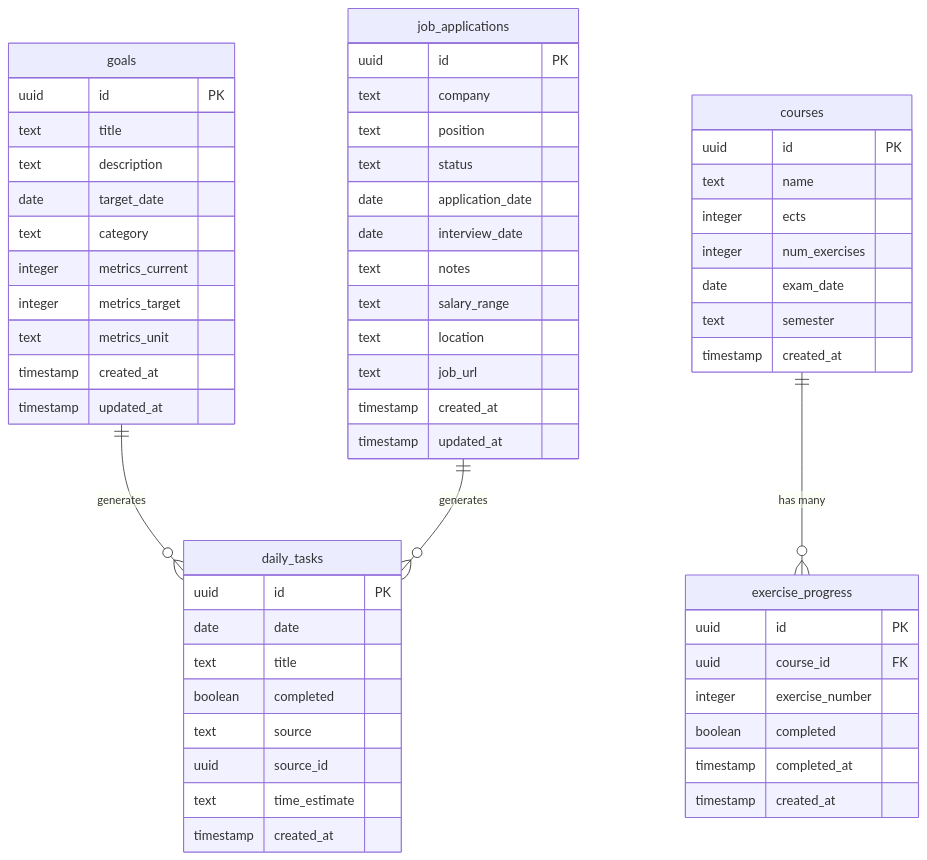
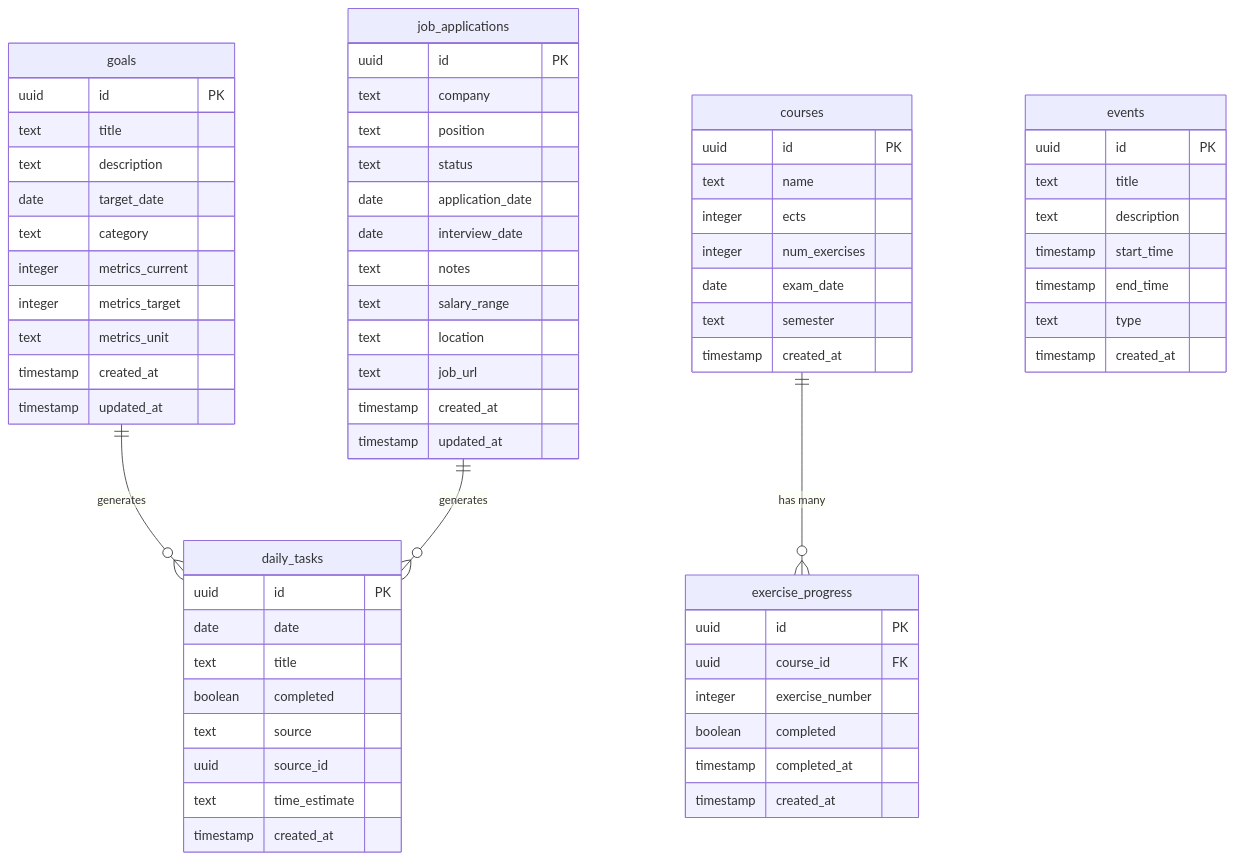
One commit to Innisfree7x/PersonalTerminal changed the diagram in docs/DATABASE.md. Above: the diagram before and after it, drawn with Mermaid. The commit also changed other lines of this file and 46 other files, not shown here.

````diff
--- a/docs/DATABASE.md
+++ b/docs/DATABASE.md
@@ -25,64 +26,74 @@
 ```mermaid
 erDiagram
     goals {
         uuid id PK
         text title
         text description
         date target_date
         text category
         integer metrics_current
         integer metrics_target
         text metrics_unit
         timestamp created_at
         timestamp updated_at
     }
     
     job_applications {
         uuid id PK
         text company
         text position
         text status
         date application_date
         date interview_date
         text notes
         text salary_range
         text location
         text job_url
         timestamp created_at
         timestamp updated_at
     }
     
     courses {
         uuid id PK
         text name
         integer ects
         integer num_exercises
         date exam_date
         text semester
         timestamp created_at
     }
     
     exercise_progress {
         uuid id PK
         uuid course_id FK
         integer exercise_number
         boolean completed
         timestamp completed_at
         timestamp created_at
     }
     
     daily_tasks {
         uuid id PK
         date date
         text title
         boolean completed
         text source
         uuid source_id
         text time_estimate
         timestamp created_at
     }
-    
+
+    events {
+        uuid id PK
+        text title
+        text description
+        timestamp start_time
+        timestamp end_time
+        text type
+        timestamp created_at
+    }
+
     courses ||--o{ exercise_progress : "has many"
     goals ||--o{ daily_tasks : "generates"
     job_applications ||--o{ daily_tasks : "generates"
 ```
````
